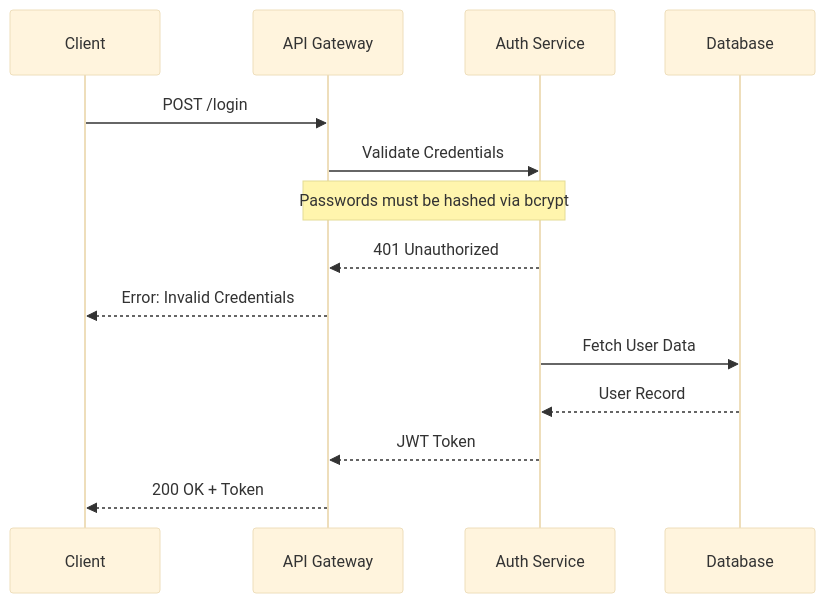
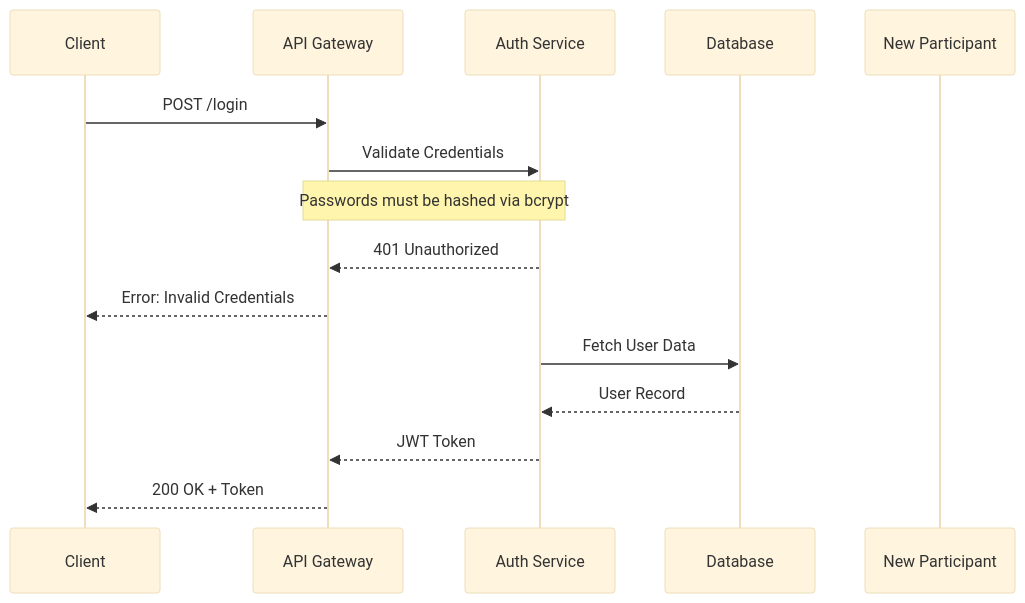
Before and after one commit to stanimirovv/foliant: the diagram in diagrams/main.mmd, drawn with Mermaid (base theme). The commit also changed 5 other files, not shown here.

```diff
--- a/diagrams/main.mmd
+++ b/diagrams/main.mmd
@@ -1,25 +1,26 @@
-%% CONFIG: {"version":1,"views":[{"name":"Happy Path","hiddenPaths":["flow=login/edge-case=invalid-password","flow=login/note"]}],"actors":{"Auth":{"color":"red","keys":["backend"]},"DB":{"color":"red","keys":["backend","database"]},"API":{"color":"blue","keys":["backend","gateway"]}}}
+%% CONFIG: {"version":1,"views":[{"name":"Happy Path","hiddenPaths":["flow=login/edge-case=invalid-password","flow=login/note"]}],"actors":{"Auth":{"color":"red","keys":["backend"]},"DB":{"color":"red","keys":["backend","database"]},"API":{"color":"blue","keys":["backend","gateway"]},"New1":{"color":"red"}}}
 sequenceDiagram
     participant C as Client
     participant API as API Gateway
     participant Auth as Auth Service
     participant DB as Database
+    participant New1 as New Participant
 
     %% @region-start: flow=login
     C->>API: POST /login
     API->>Auth: Validate Credentials
     
     %% @region-start: note
     Note over API,Auth: Passwords must be hashed via bcrypt
     %% @region-end
     
     %% @region-start: edge-case=invalid-password
     Auth-->>API: 401 Unauthorized
     API-->>C: Error: Invalid Credentials
     %% @region-end
     
     Auth->>DB: Fetch User Data
     DB-->>Auth: User Record
     Auth-->>API: JWT Token
     API-->>C: 200 OK + Token
     %% @region-end
```
